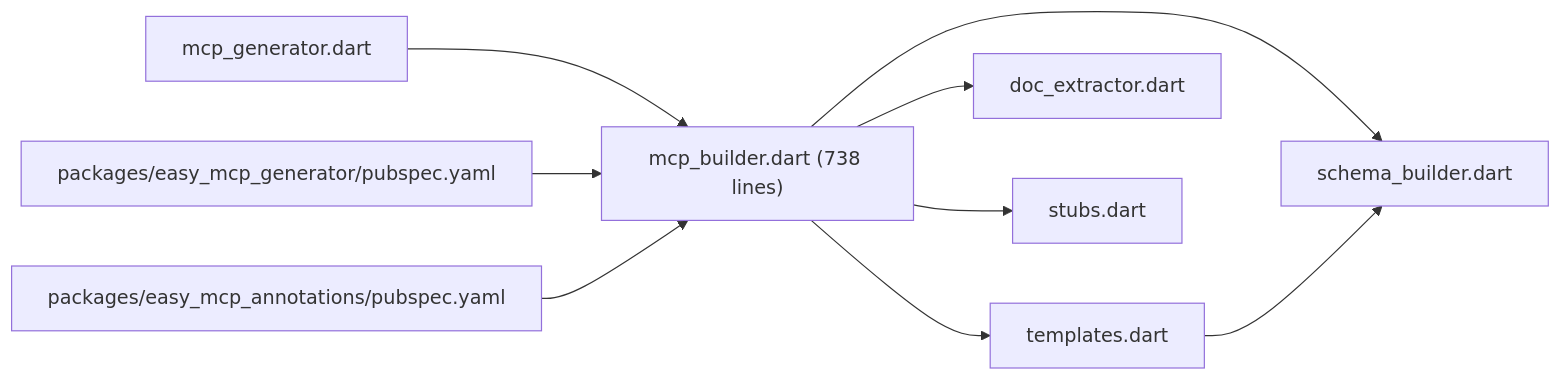
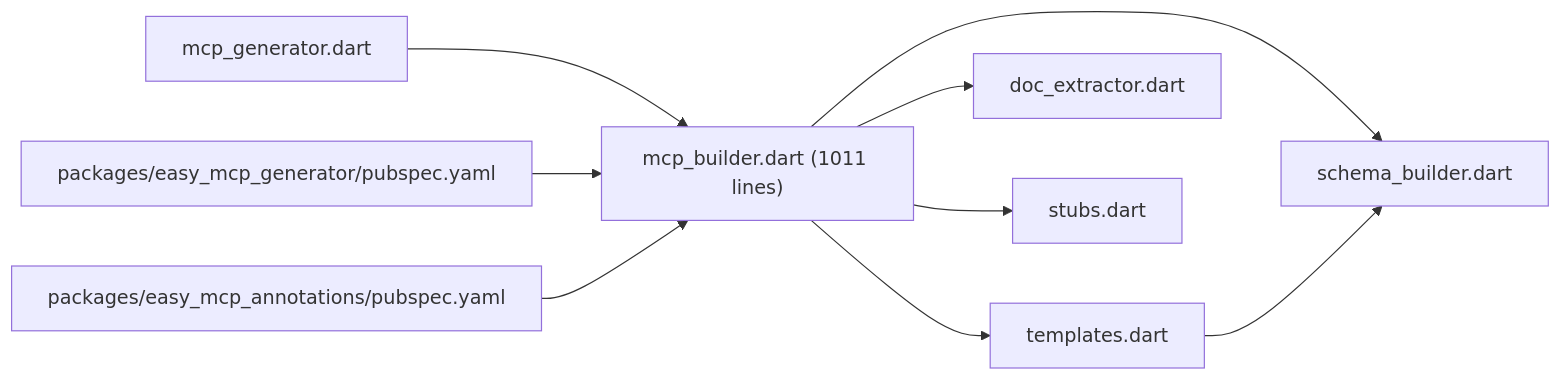
Before and after one commit to cdavis-code/easy_mcp_workspace: the seventh of 7 diagrams in .qoder/repowiki/en/content/Code Generation Engine/Code Generation Engine.md, drawn with Mermaid. The commit also changed other lines of this file and 3 other files, not shown here.

````diff
--- a/.qoder/repowiki/en/content/Code Generation Engine/Code Generation Engine.md
+++ b/.qoder/repowiki/en/content/Code Generation Engine/Code Generation Engine.md
@@ -399,11 +411,11 @@
 ```mermaid
 graph LR
-A["mcp_builder.dart (738 lines)"] --> T["templates.dart"]
+A["mcp_builder.dart (1011 lines)"] --> T["templates.dart"]
 A --> S["schema_builder.dart"]
 A --> D["doc_extractor.dart"]
 A --> ST["stubs.dart"]
 T --> S
 G["mcp_generator.dart"] --> A
 PGEN["packages/easy_mcp_generator/pubspec.yaml"] --> A
 PANN["packages/easy_mcp_annotations/pubspec.yaml"] --> A
 ```
````
